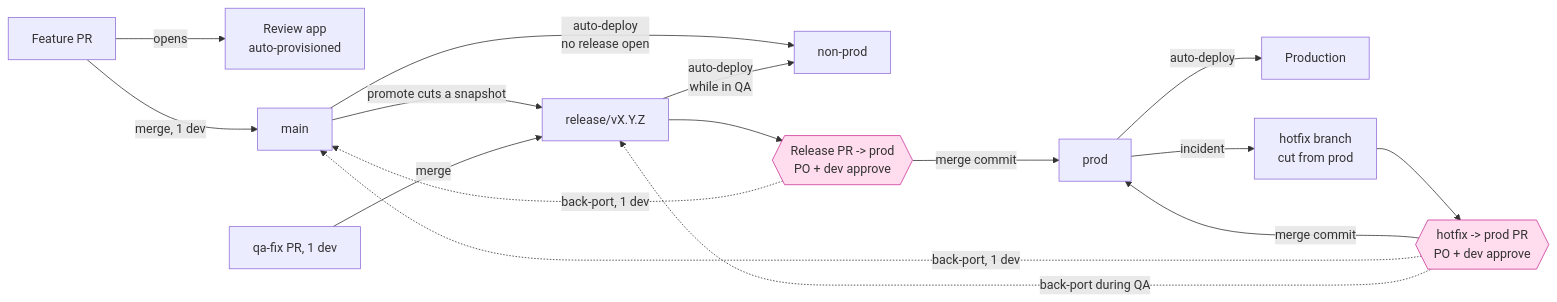
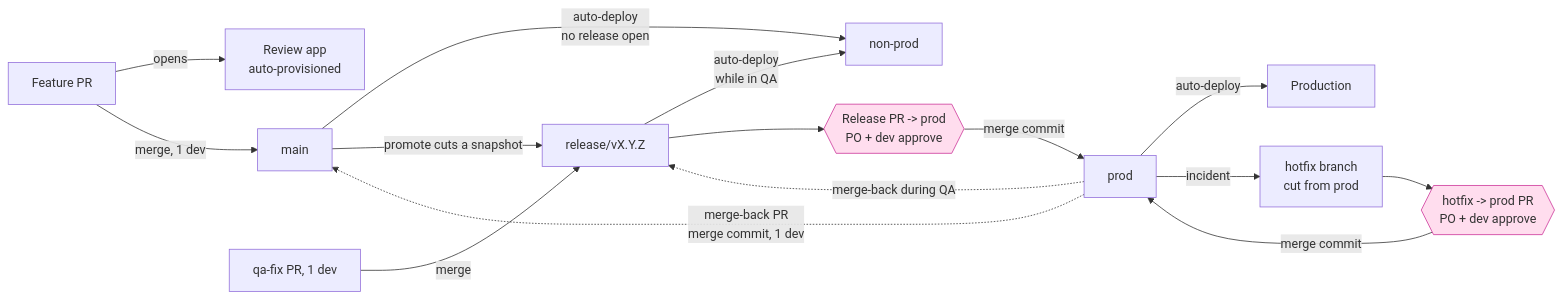
Before and after one commit to element22llc/e22-plugins: the diagram in docs/concepts/deployment.md, drawn with Mermaid. The commit also changed other lines of this file and 34 other files, not shown here.

First line of the commit message:
feat(steer): merge prod back into main instead of cherry-picking back-ports

````diff
--- a/docs/concepts/deployment.md
+++ b/docs/concepts/deployment.md
@@ -35,21 +35,20 @@
 ```mermaid
 flowchart LR
     PR[Feature PR] -->|opens| RA[Review app<br/>auto-provisioned]
     PR -->|merge, 1 dev| MAIN[main]
     MAIN -->|auto-deploy<br/>no release open| NONPROD[non-prod]
     MAIN -->|promote cuts a snapshot| REL[release/vX.Y.Z]
     REL -->|auto-deploy<br/>while in QA| NONPROD
     QA[qa-fix PR, 1 dev] -->|merge| REL
     REL --> RELPR{{Release PR -> prod<br/>PO + dev approve}}
     RELPR -->|merge commit| PROD[prod]
     PROD -->|auto-deploy| LIVE[Production]
     PROD -->|incident| HF[hotfix branch<br/>cut from prod]
     HF --> HFPR{{hotfix -> prod PR<br/>PO + dev approve}}
     HFPR -->|merge commit| PROD
-    RELPR -.->|back-port, 1 dev| MAIN
-    HFPR -.->|back-port, 1 dev| MAIN
-    HFPR -.->|back-port during QA| REL
+    PROD -.->|merge-back PR<br/>merge commit, 1 dev| MAIN
+    PROD -.->|merge-back during QA| REL
 
     classDef gated fill:#fde,stroke:#c39
     class RELPR,HFPR gated
 ```
````
